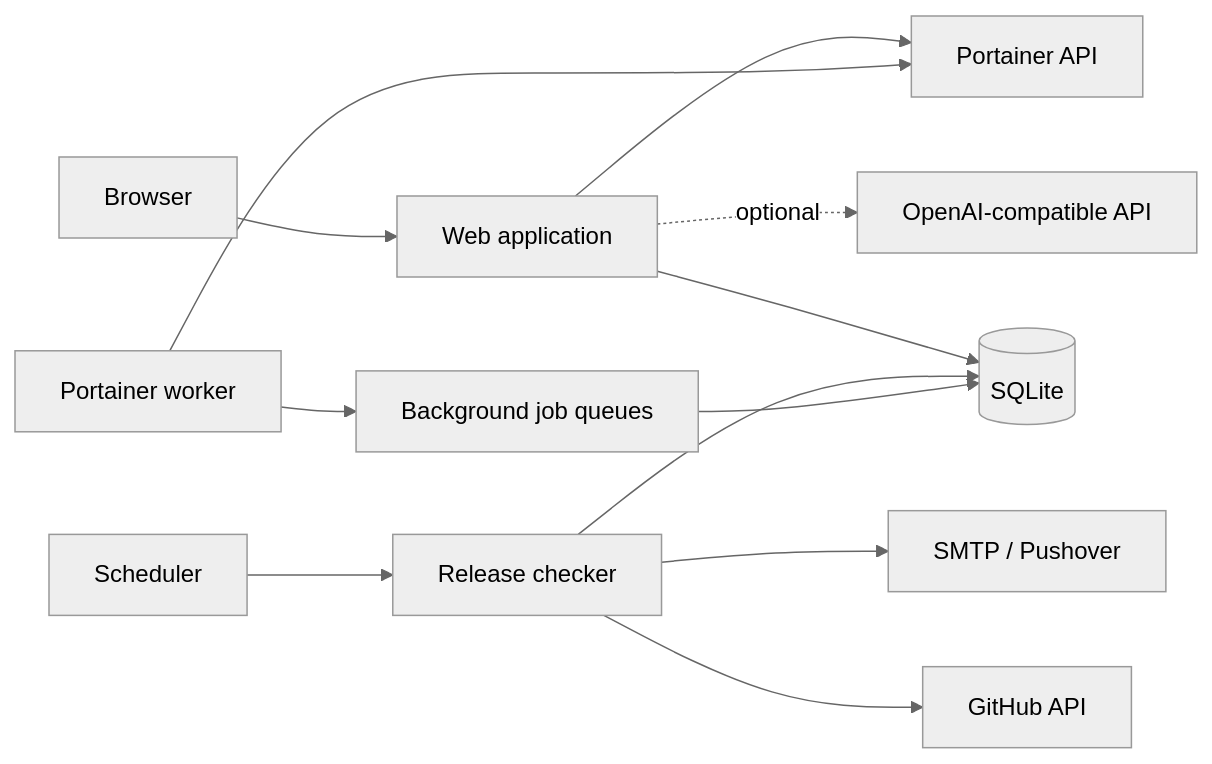
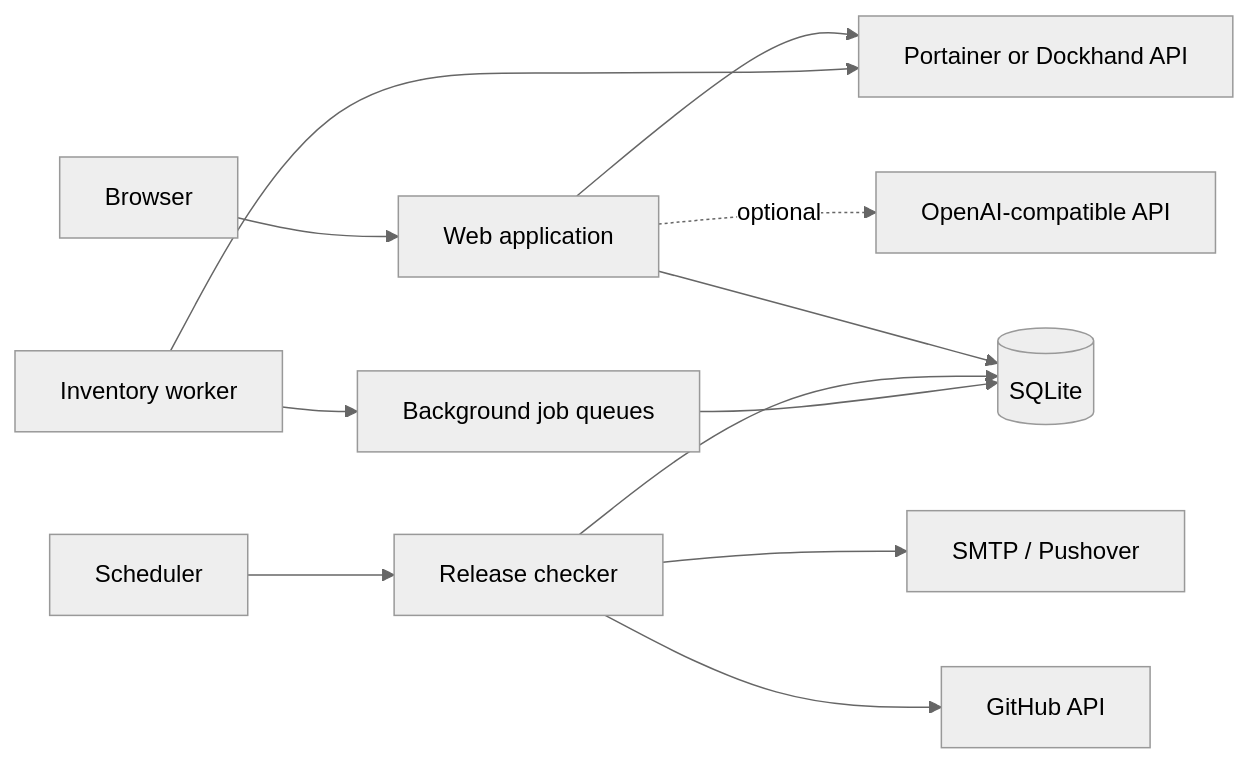
The diagram in docs/ARCHITECTURE.md (muhdusama/Software-Release-Radar), drawn with Mermaid (neutral theme) before and after one commit. The commit also changed other lines of this file and 28 other files, not shown here.

````diff
--- a/docs/ARCHITECTURE.md
+++ b/docs/ARCHITECTURE.md
@@ -9,16 +9,16 @@
 ```mermaid
 flowchart LR
     B[Browser] --> W[Web application]
     S[Scheduler] --> C[Release checker]
-    PW[Portainer worker] --> Q[Background job queues]
+    PW[Inventory worker] --> Q[Background job queues]
 
     W --> DB[(SQLite)]
     C --> DB
     Q --> DB
 
     C --> GH[GitHub API]
     C --> N[SMTP / Pushover]
-    W --> P[Portainer API]
+    W --> P[Portainer or Dockhand API]
     PW --> P
     W -. optional .-> AI[OpenAI-compatible API]
 ```
````
